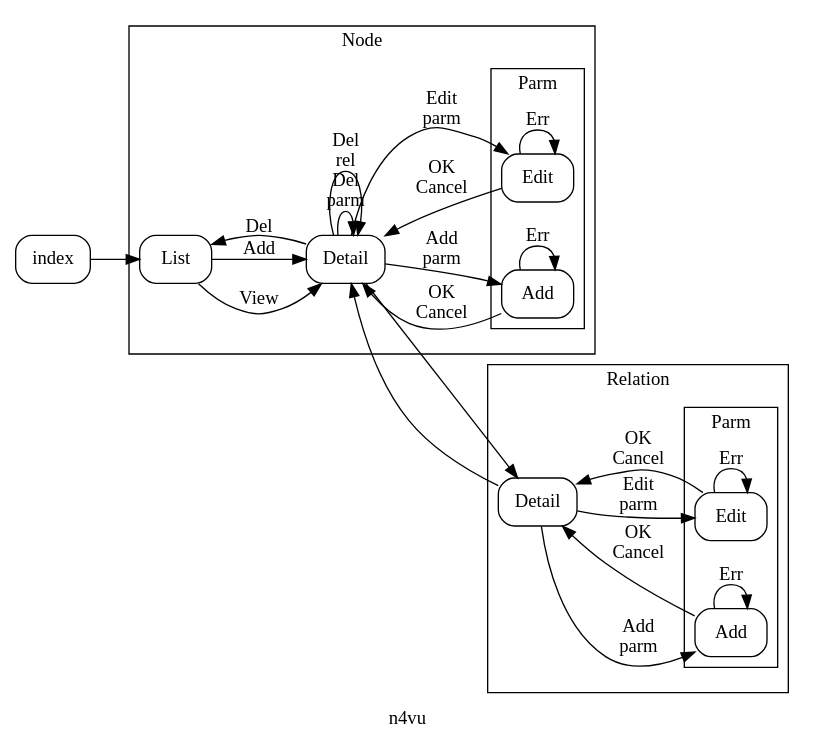
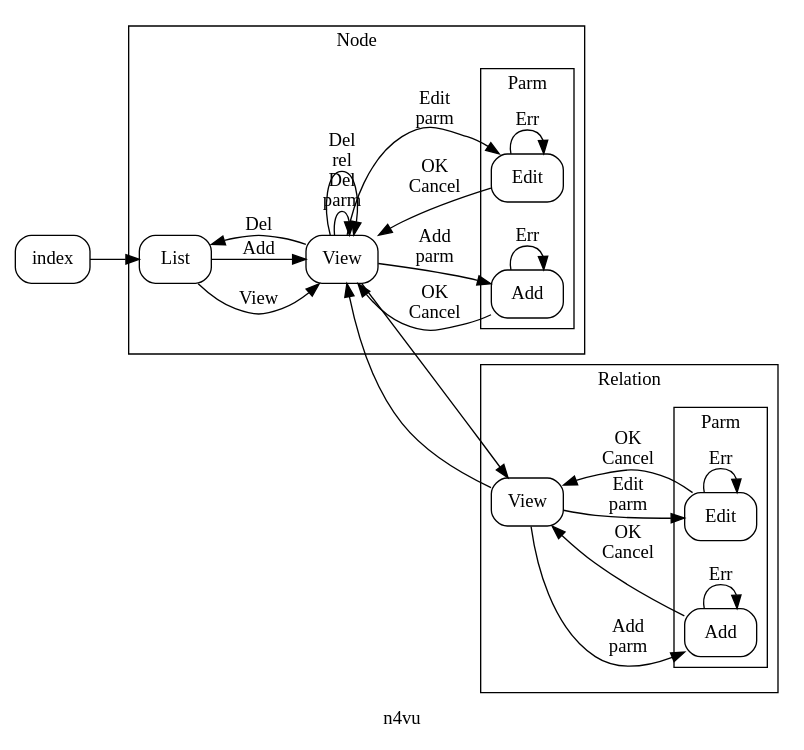
Before and after one commit to tieugene/uprojects: the diagram in cms/cms4j/n4vu/n4vu.dot, drawn with Graphviz. The commit also changed 12 other files, not shown here.

Commit message:
node LCRD, rel R

```diff
--- a/cms/cms4j/n4vu/n4vu.dot
+++ b/cms/cms4j/n4vu/n4vu.dot
@@ -1,47 +1,47 @@
 // dot -Tsvg -o n4vu.svg n4vu.dot
 
 digraph ui {
  label = "n4vu";
  rankdir = LR;
  node [ shape = rectangle, style=rounded ];
  subgraph cluster_node {
   label = "Node";
   shape = folder;
   node_list	[ label = "List" ];
-  node_detail	[ label = "Detail" ];
+  node_view	[ label = "View" ];
   subgraph cluster_nparm {
    label = "Parm";
    nparm_add	[ label = "Add" ];
    nparm_edit	[ label = "Edit" ];
   }
  }
  subgraph cluster_rel {
   label = "Relation";
-  rel_detail	[ label = "Detail" ];
+  rel_view	[ label = "View" ];
   subgraph cluster_rparm {
    label = "Parm";
    rparm_add	[ label = "Add" ];
    rparm_edit	[ label = "Edit" ];
   }
  }
  index -> node_list;
- node_list -> node_detail [ label = "View" ];
- node_list -> node_detail [ label = "Add" ];
- node_detail -> node_list [ label = "Del" ];
- node_detail -> node_detail [ label = "Del\nparm" ];
- node_detail -> node_detail [ label = "Del\nrel" ];
- node_detail -> nparm_add [ label = "Add\nparm" ];
+ node_list -> node_view [ label = "View" ];
+ node_list -> node_view [ label = "Add" ];
+ node_view -> node_list [ label = "Del" ];
+ node_view -> node_view [ label = "Del\nparm" ];
+ node_view -> node_view [ label = "Del\nrel" ];
+ node_view -> nparm_add [ label = "Add\nparm" ];
  nparm_add -> nparm_add [ label = "Err" ];
- nparm_add -> node_detail [ label = "OK\nCancel" ];
- node_detail -> nparm_edit [ label = "Edit\nparm" ];
+ nparm_add -> node_view [ label = "OK\nCancel" ];
+ node_view -> nparm_edit [ label = "Edit\nparm" ];
  nparm_edit -> nparm_edit [ label = "Err" ];
- nparm_edit -> node_detail [ label = "OK\nCancel" ];
- node_detail -> rel_detail;
- rel_detail -> node_detail;
- rel_detail -> rparm_add [ label = "Add\nparm" ];
+ nparm_edit -> node_view [ label = "OK\nCancel" ];
+ node_view -> rel_view;
+ rel_view -> node_view;
+ rel_view -> rparm_add [ label = "Add\nparm" ];
  rparm_add -> rparm_add [ label = "Err" ];
- rparm_add -> rel_detail [ label = "OK\nCancel" ];
- rel_detail -> rparm_edit [ label = "Edit\nparm" ];
+ rparm_add -> rel_view [ label = "OK\nCancel" ];
+ rel_view -> rparm_edit [ label = "Edit\nparm" ];
  rparm_edit -> rparm_edit [ label = "Err" ];
- rparm_edit -> rel_detail [ label = "OK\nCancel" ];
+ rparm_edit -> rel_view [ label = "OK\nCancel" ];
 }
```
